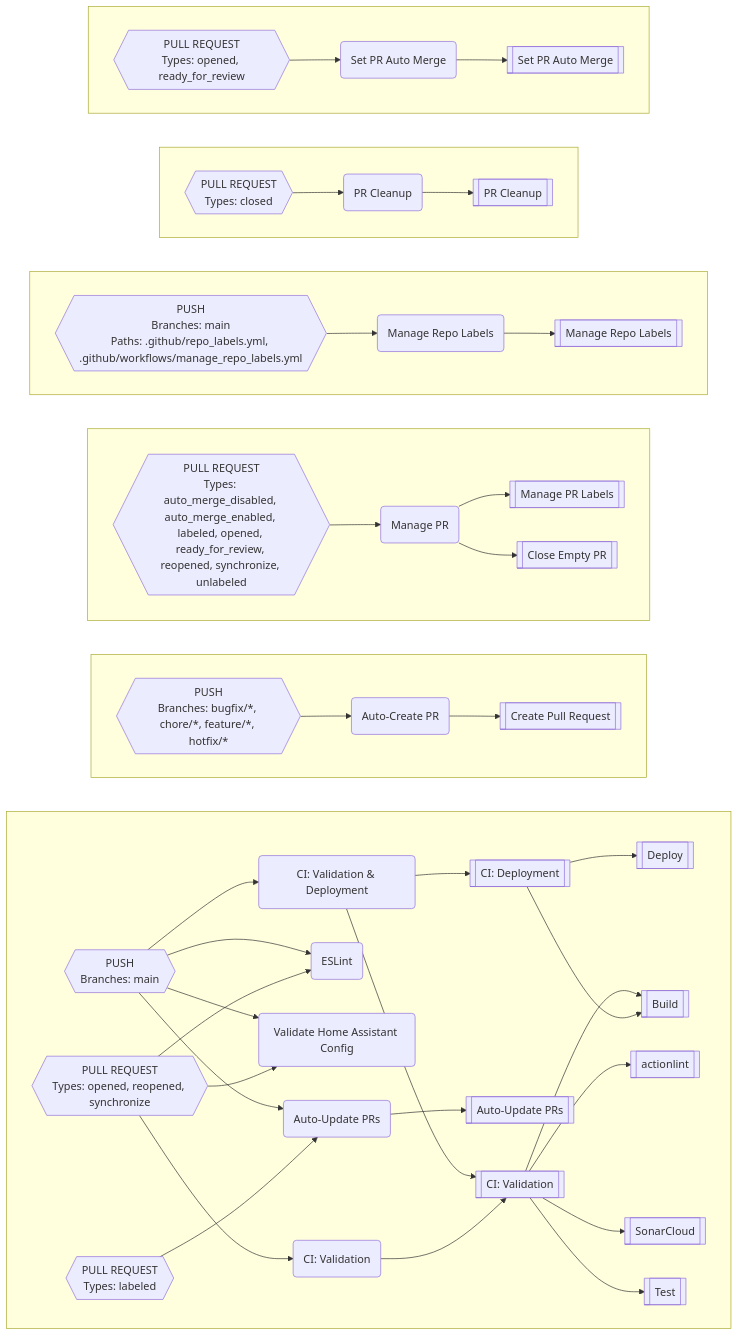
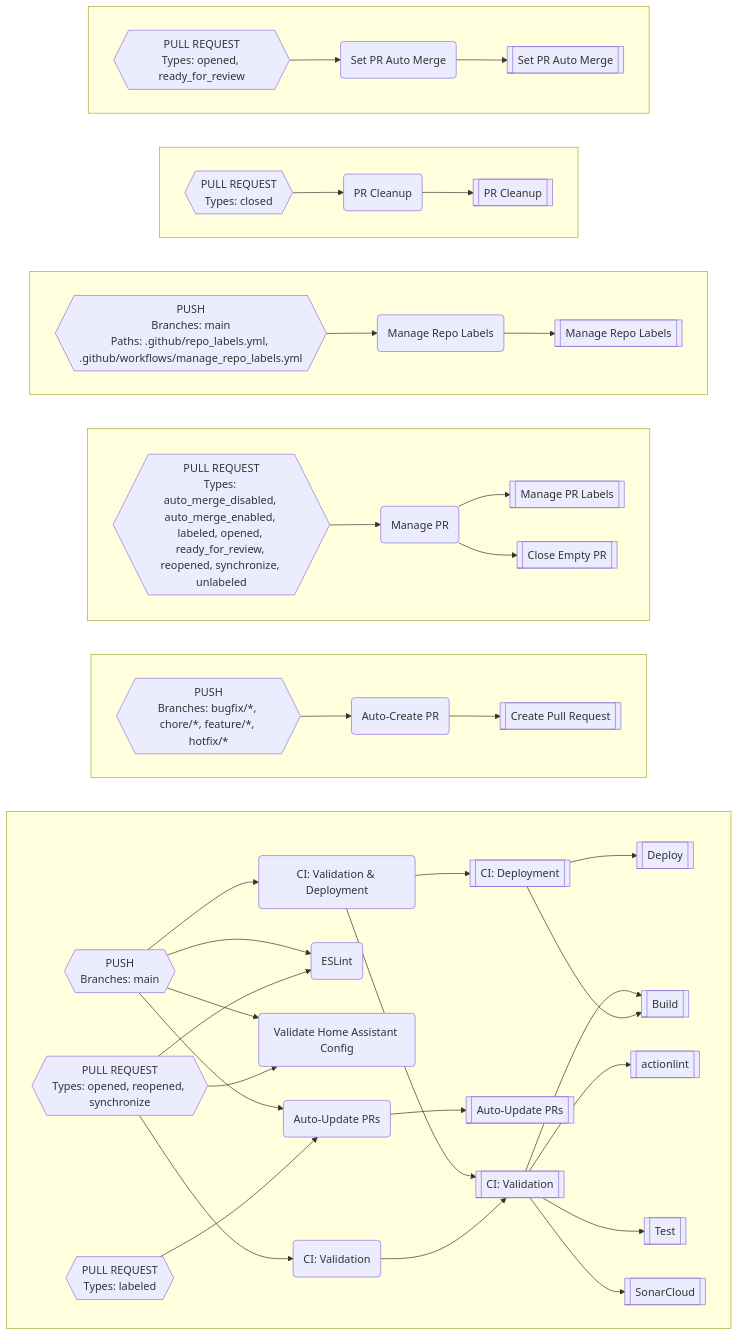
One commit to worgarside/github-config-files changed the diagram in README.md. Above: the diagram before and after it, drawn with Mermaid. The commit also changed other lines of this file and 1 other file, not shown here.

```diff
--- a/README.md
+++ b/README.md
@@ -393,8 +393,8 @@
 I-->AE
 I-->E
 P-->A
+P-->BD
 P-->BA
-P-->BD
 P-->E
 end
 subgraph CV[" "]
```
